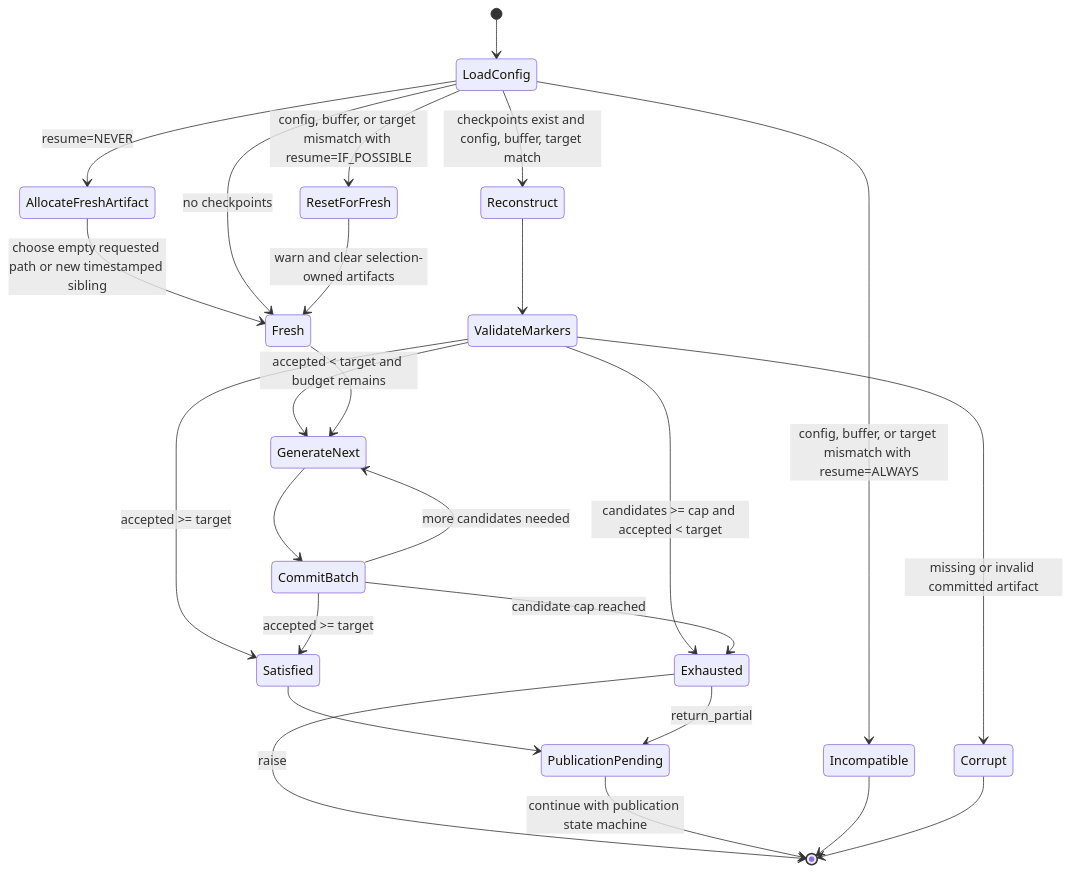
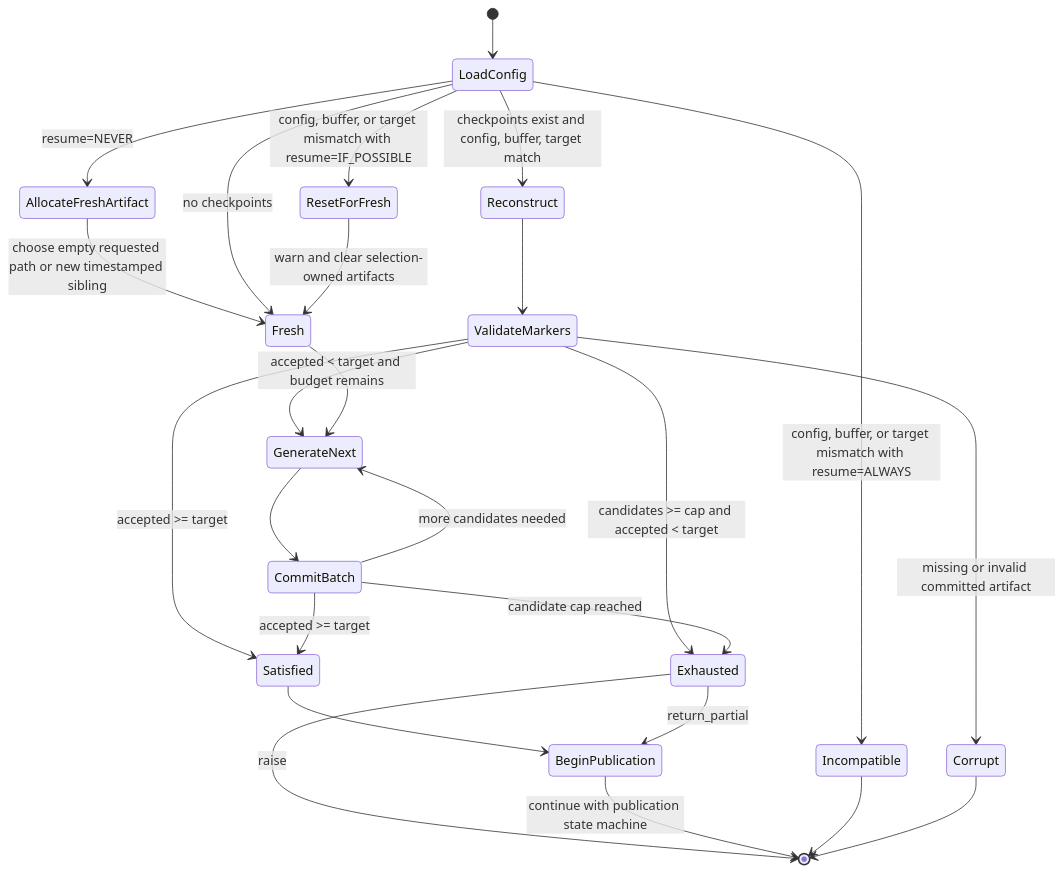
Before and after one commit to NVIDIA-NeMo/DataDesigner: the seventh of 7 diagrams in plans/790/engine-native-record-selection.md, drawn with Mermaid. The commit also changed other lines of this file, not shown here.

````diff
--- a/plans/790/engine-native-record-selection.md
+++ b/plans/790/engine-native-record-selection.md
@@ -779,30 +785,30 @@
 ```mermaid
 stateDiagram-v2
     [*] --> LoadConfig
     LoadConfig --> AllocateFreshArtifact: resume=NEVER
     AllocateFreshArtifact --> Fresh: choose empty requested path or new timestamped sibling
     LoadConfig --> Fresh: no checkpoints
     LoadConfig --> Reconstruct: checkpoints exist and config, buffer, target match
     LoadConfig --> Incompatible: config, buffer, or target mismatch with resume=ALWAYS
     LoadConfig --> ResetForFresh: config, buffer, or target mismatch with resume=IF_POSSIBLE
     ResetForFresh --> Fresh: warn and clear selection-owned artifacts
 
     Reconstruct --> ValidateMarkers
     ValidateMarkers --> Corrupt: missing or invalid committed artifact
     ValidateMarkers --> Satisfied: accepted >= target
     ValidateMarkers --> Exhausted: candidates >= cap and accepted < target
     ValidateMarkers --> GenerateNext: accepted < target and budget remains
 
     Fresh --> GenerateNext
     GenerateNext --> CommitBatch
     CommitBatch --> Satisfied: accepted >= target
     CommitBatch --> Exhausted: candidate cap reached
     CommitBatch --> GenerateNext: more candidates needed
 
-    Satisfied --> PublicationPending
-    Exhausted --> PublicationPending: return_partial
+    Satisfied --> BeginPublication
+    Exhausted --> BeginPublication: return_partial
     Exhausted --> [*]: raise
-    PublicationPending --> [*]: continue with publication state machine
+    BeginPublication --> [*]: continue with publication state machine
     Incompatible --> [*]
     Corrupt --> [*]
 ```
````
